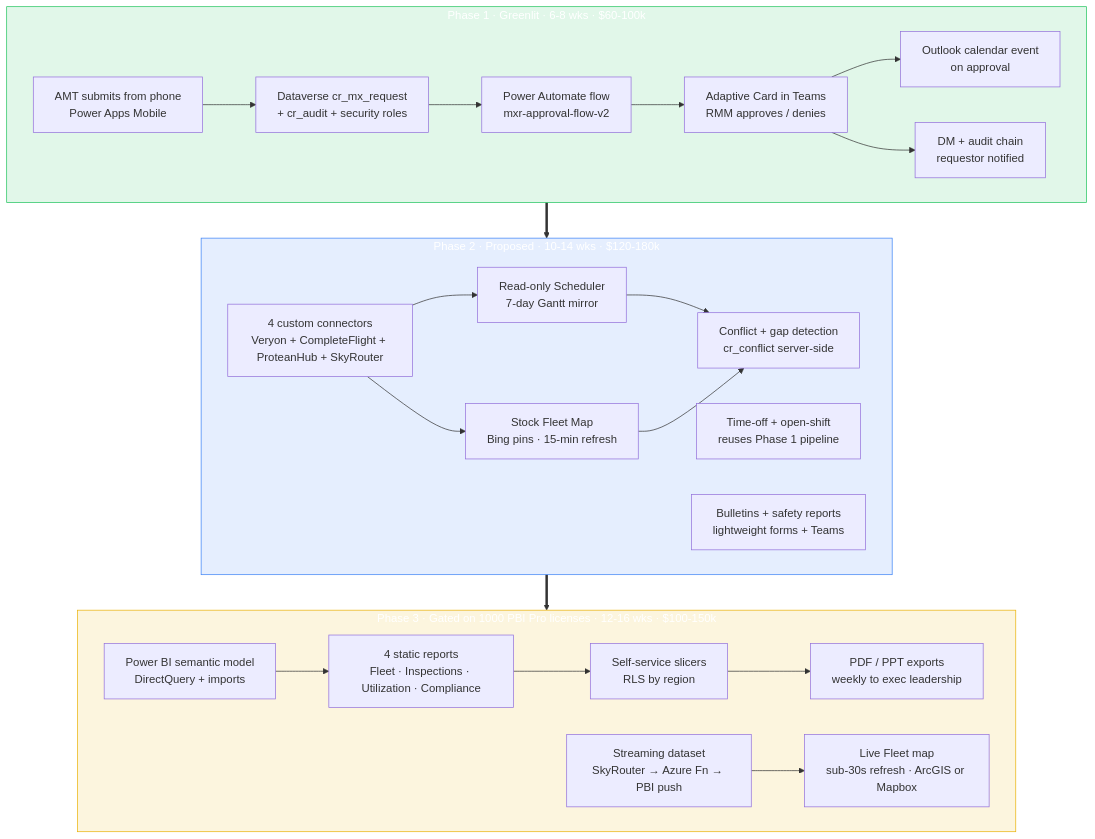
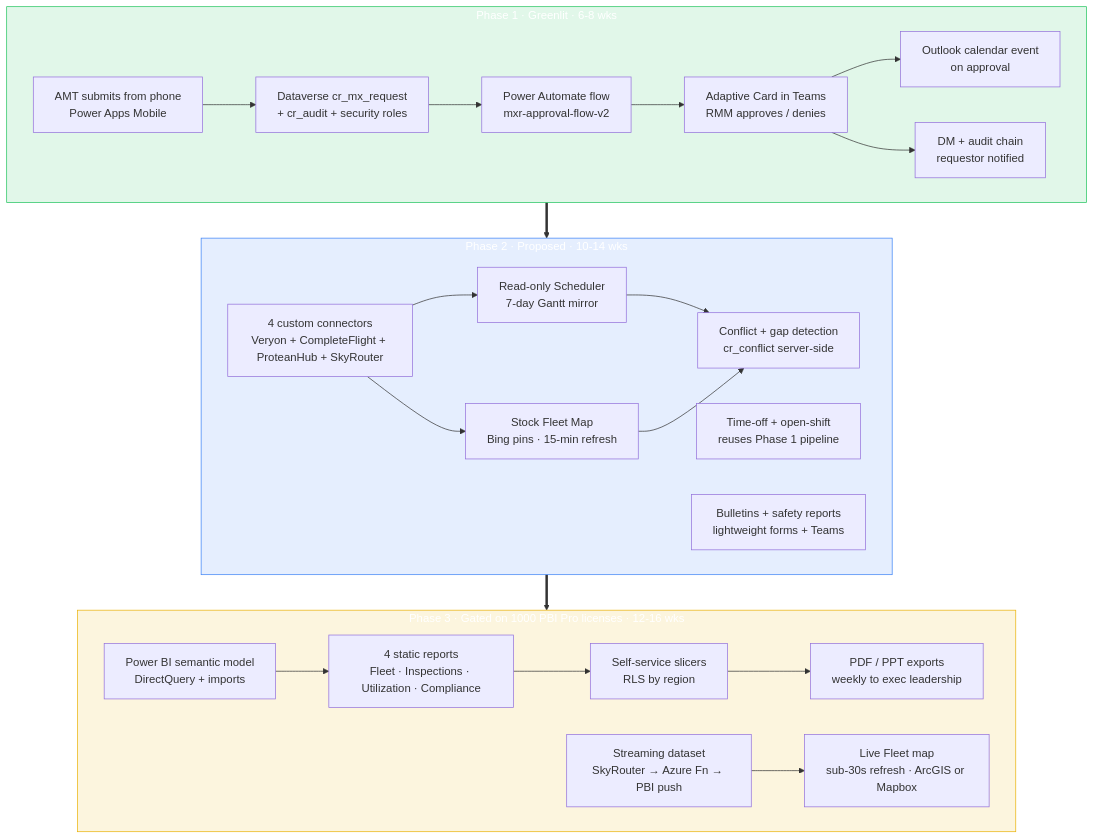
The first of 2 diagrams in m365-solution/PhaseFlow.mermaid.md (natehorst240-sketch/ops-connect), drawn with Mermaid before and after one commit. The commit also changed 4 other files, not shown here.

````diff
--- a/m365-solution/PhaseFlow.mermaid.md
+++ b/m365-solution/PhaseFlow.mermaid.md
@@ -10,47 +10,47 @@
 ```mermaid
 flowchart TB
-    subgraph P1["Phase 1 · Greenlit · 6-8 wks · $60-100k"]
+    subgraph P1["Phase 1 · Greenlit · 6-8 wks"]
         P1A[AMT submits from phone\nPower Apps Mobile]
         P1B[Dataverse cr_mx_request\n+ cr_audit + security roles]
         P1C[Power Automate flow\nmxr-approval-flow-v2]
         P1D[Adaptive Card in Teams\nRMM approves / denies]
         P1E[Outlook calendar event\non approval]
         P1F[DM + audit chain\nrequestor notified]
         P1A --> P1B --> P1C --> P1D --> P1E
         P1D --> P1F
     end
 
-    subgraph P2["Phase 2 · Proposed · 10-14 wks · $120-180k"]
+    subgraph P2["Phase 2 · Proposed · 10-14 wks"]
         P2A[4 custom connectors\nVeryon + CompleteFlight + ProteanHub + SkyRouter]
         P2B[Read-only Scheduler\n7-day Gantt mirror]
         P2C[Stock Fleet Map\nBing pins · 15-min refresh]
         P2D[Conflict + gap detection\ncr_conflict server-side]
         P2E[Time-off + open-shift\nreuses Phase 1 pipeline]
         P2F[Bulletins + safety reports\nlightweight forms + Teams]
         P2A --> P2B
         P2A --> P2C
         P2B --> P2D
         P2C --> P2D
     end
 
-    subgraph P3["Phase 3 · Gated on 1000 PBI Pro licenses · 12-16 wks · $100-150k"]
+    subgraph P3["Phase 3 · Gated on 1000 PBI Pro licenses · 12-16 wks"]
         P3A[Power BI semantic model\nDirectQuery + imports]
         P3B[4 static reports\nFleet · Inspections · Utilization · Compliance]
         P3C[Streaming dataset\nSkyRouter → Azure Fn → PBI push]
         P3D[Live Fleet map\nsub-30s refresh · ArcGIS or Mapbox]
         P3E[Self-service slicers\nRLS by region]
         P3F[PDF / PPT exports\nweekly to exec leadership]
         P3A --> P3B --> P3E --> P3F
         P3C --> P3D
     end
 
     P1 ==> P2
     P2 ==> P3
 
     classDef greenlit fill:#22c55e22,stroke:#22c55e,color:#fff
     classDef proposed fill:#3b82f622,stroke:#3b82f6,color:#fff
     classDef gated    fill:#eab30822,stroke:#eab308,color:#fff
     class P1 greenlit
     class P2 proposed
     class P3 gated
 ```
````
